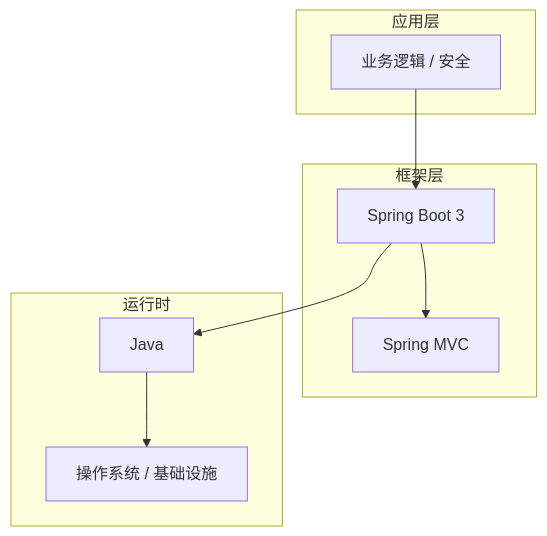
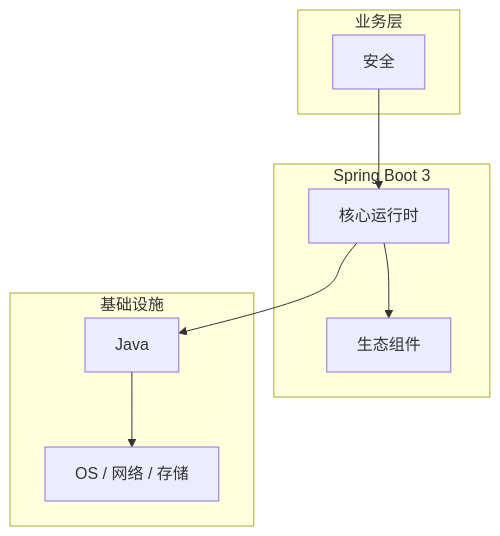
The diagram in articles/Spring Boot/chapters/037-安全核心概念与原理.md (yanggan2015/knowledge-json-v2), drawn with Mermaid before and after one commit. The commit also changed other lines of this file and 10127 other files, not shown here.

````diff
--- a/articles/Spring Boot/chapters/037-安全核心概念与原理.md
+++ b/articles/Spring Boot/chapters/037-安全核心概念与原理.md
@@ -45,18 +34,18 @@
 ```mermaid
 graph TB
-    subgraph 应用层
-        A[业务逻辑 / 安全]
+    subgraph 业务层
+        A[安全]
     end
-    subgraph 框架层
-        B[Spring Boot 3]
-        C[Spring MVC]
+    subgraph Spring Boot 3
+        B[核心运行时]
+        C[生态组件]
     end
-    subgraph 运行时
+    subgraph 基础设施
         D[Java]
-        E[操作系统 / 基础设施]
+        E[OS / 网络 / 存储]
     end
     A --> B
     B --> C
     B --> D
     D --> E
 ```
````
